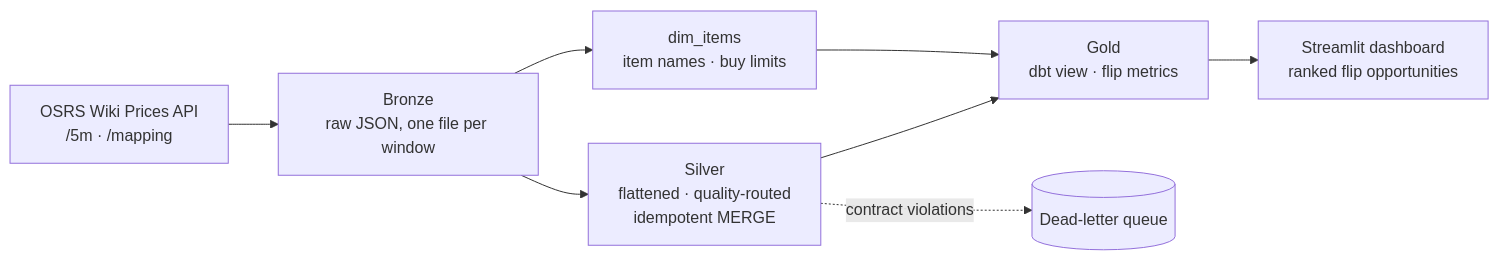
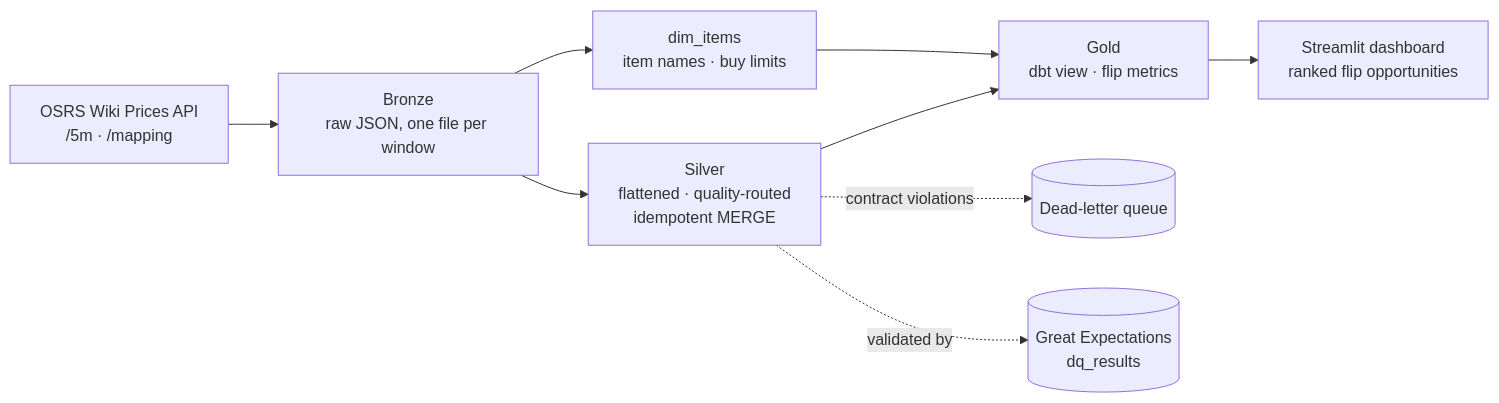
One commit to dshahz/osrs-ge-market-pipeline changed the diagram in README.md. Above: the diagram before and after it, drawn with Mermaid. The commit also changed other lines of this file and 2 other files, not shown here.

Commit message:
Add Great Expectations validation task for Silver

````diff
--- a/README.md
+++ b/README.md
@@ -20,10 +20,11 @@
 ```mermaid
 flowchart LR
     API["OSRS Wiki Prices API<br/>/5m · /mapping"] --> B["Bronze<br/>raw JSON, one file per window"]
     B --> S["Silver<br/>flattened · quality-routed<br/>idempotent MERGE"]
     B --> DIM["dim_items<br/>item names · buy limits"]
     S --> G["Gold<br/>dbt view · flip metrics"]
     DIM --> G
     G --> D["Streamlit dashboard<br/>ranked flip opportunities"]
     S -. contract violations .-> DLQ[("Dead-letter queue")]
+    S -. validated by .-> GX[("Great Expectations<br/>dq_results")]
 ```
````
